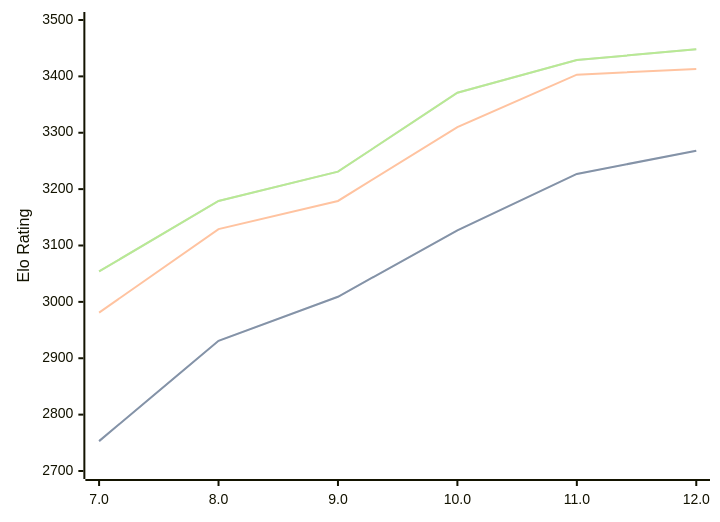
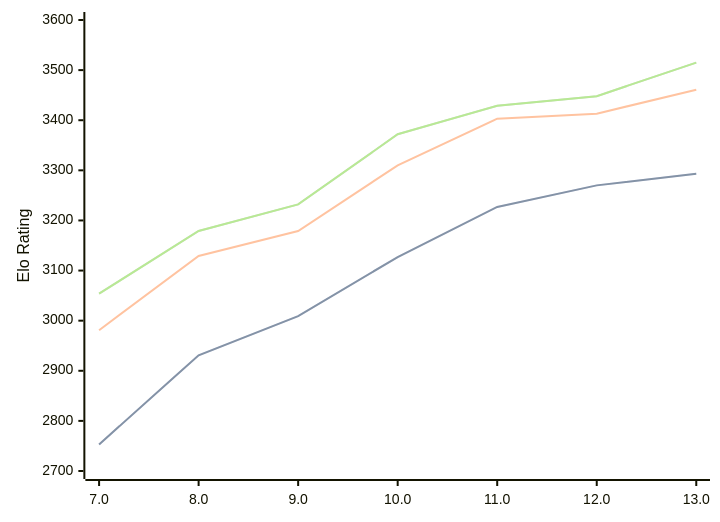
One commit to computer-chess-index/cci changed the diagram in engines/Tcheran.md. Above: the diagram before and after it, drawn with Mermaid. The commit also changed other lines of this file, not shown here.

Commit message:
Update CCI Ratings (ELO VLTC) - 2026-07-19

````diff
--- a/engines/Tcheran.md
+++ b/engines/Tcheran.md
@@ -51,11 +51,11 @@
 ```mermaid
 %%{init: {"theme":"base","themeVariables":{"seriesColors:['#a3a3a3','#222221','#faa371']}}}%%
 xychart-beta
-  x-axis ["7.0", "8.0", "9.0", "10.0", "11.0", "12.0"]
-  y-axis "Elo Rating" 2700 --> 3500
-  line "STC (8.0+0.08s)" [2753, 2931, 3009, 3127, 3227, 3268]
-  line "STC (8.0+0.08s)" [2753, 2931, 3009, 3127, 3227, 3268]
-  line "LTC (60.0+0.60s)" [2981, 3129, 3179, 3310, 3403, 3413]
-  line "VLTC (2m24s+1.12s)" [3054, 3179, 3231, 3371, 3429, 3448]
-  line "VLTC (2m24s+1.12s)" [3054, 3179, 3231, 3371, 3429, 3448]
+  x-axis ["7.0", "8.0", "9.0", "10.0", "11.0", "12.0", "13.0"]
+  y-axis "Elo Rating" 2700 --> 3600
+  line "STC (8.0+0.08s)" [2753, 2931, 3009, 3127, 3227, 3270, 3293]
+  line "STC (8.0+0.08s)" [2753, 2931, 3009, 3127, 3227, 3270, 3293]
+  line "LTC (60.0+0.60s)" [2981, 3129, 3179, 3310, 3403, 3413, 3461]
+  line "VLTC (2m24s+1.12s)" [3054, 3179, 3232, 3372, 3429, 3448, 3515]
+  line "VLTC (2m24s+1.12s)" [3054, 3179, 3232, 3372, 3429, 3448, 3515]
 ```
````
